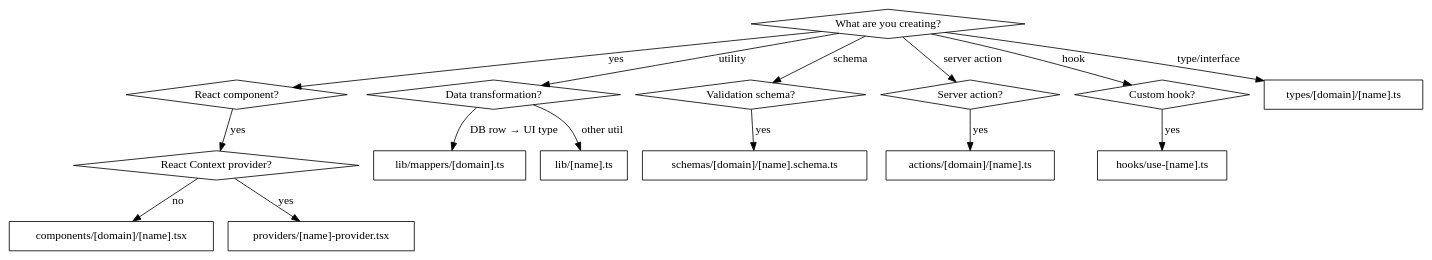
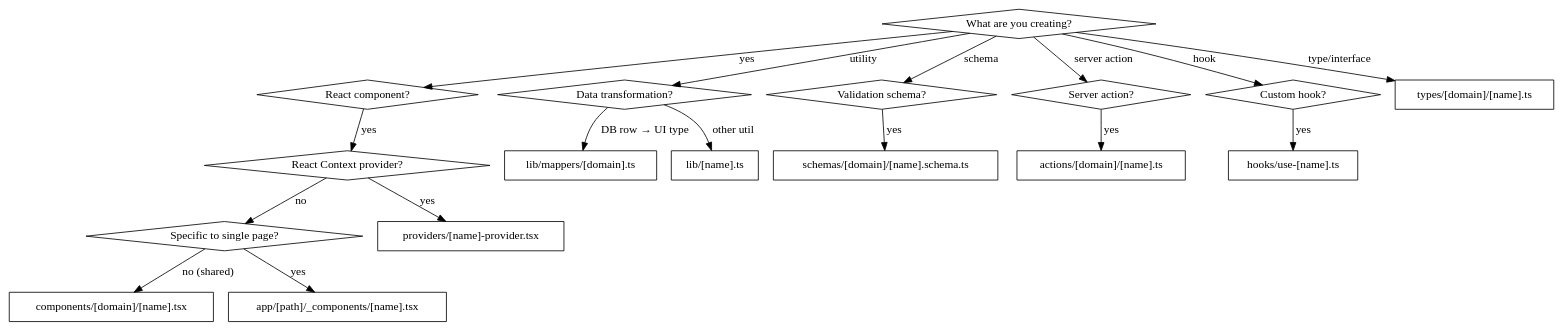
One commit to mbeps/Skills changed the third of 3 diagrams in nextjs/structuring-nextjs-projects/SKILL.md. Above: the diagram before and after it, drawn with Graphviz. The commit also changed other lines of this file and 3 other files, not shown here.

````diff
--- a/nextjs/structuring-nextjs-projects/SKILL.md
+++ b/nextjs/structuring-nextjs-projects/SKILL.md
@@ -269,42 +314,46 @@
 ```dot
 digraph file_location {
     rankdir=TD;
     
     "What are you creating?" [shape=diamond];
     "React component?" [shape=diamond];
+    "Specific to single page?" [shape=diamond];
     "Data transformation?" [shape=diamond];
     "Validation schema?" [shape=diamond];
     "Server action?" [shape=diamond];
     "Custom hook?" [shape=diamond];
     "React Context provider?" [shape=diamond];
     
     "components/[domain]/[name].tsx" [shape=box];
+    "app/[path]/_components/[name].tsx" [shape=box];
     "types/[domain]/[name].ts" [shape=box];
     "lib/mappers/[domain].ts" [shape=box];
     "lib/[name].ts" [shape=box];
     "schemas/[domain]/[name].schema.ts" [shape=box];
     "actions/[domain]/[name].ts" [shape=box];
     "hooks/use-[name].ts" [shape=box];
     "providers/[name]-provider.tsx" [shape=box];
     
     "What are you creating?" -> "React component?" [label="yes"];
     "React component?" -> "React Context provider?" [label="yes"];
     "React Context provider?" -> "providers/[name]-provider.tsx" [label="yes"];
-    "React Context provider?" -> "components/[domain]/[name].tsx" [label="no"];
+    "React Context provider?" -> "Specific to single page?" [label="no"];
+    "Specific to single page?" -> "app/[path]/_components/[name].tsx" [label="yes"];
+    "Specific to single page?" -> "components/[domain]/[name].tsx" [label="no (shared)"];
     
     "What are you creating?" -> "Server action?" [label="server action"];
     "Server action?" -> "actions/[domain]/[name].ts" [label="yes"];
     
     "What are you creating?" -> "Custom hook?" [label="hook"];
     "Custom hook?" -> "hooks/use-[name].ts" [label="yes"];
     
     "What are you creating?" -> "Validation schema?" [label="schema"];
     "Validation schema?" -> "schemas/[domain]/[name].schema.ts" [label="yes"];
     
     "What are you creating?" -> "Data transformation?" [label="utility"];
     "Data transformation?" -> "lib/mappers/[domain].ts" [label="DB row → UI type"];
     "Data transformation?" -> "lib/[name].ts" [label="other util"];
     
     "What are you creating?" -> "types/[domain]/[name].ts" [label="type/interface"];
 }
 ```
````
